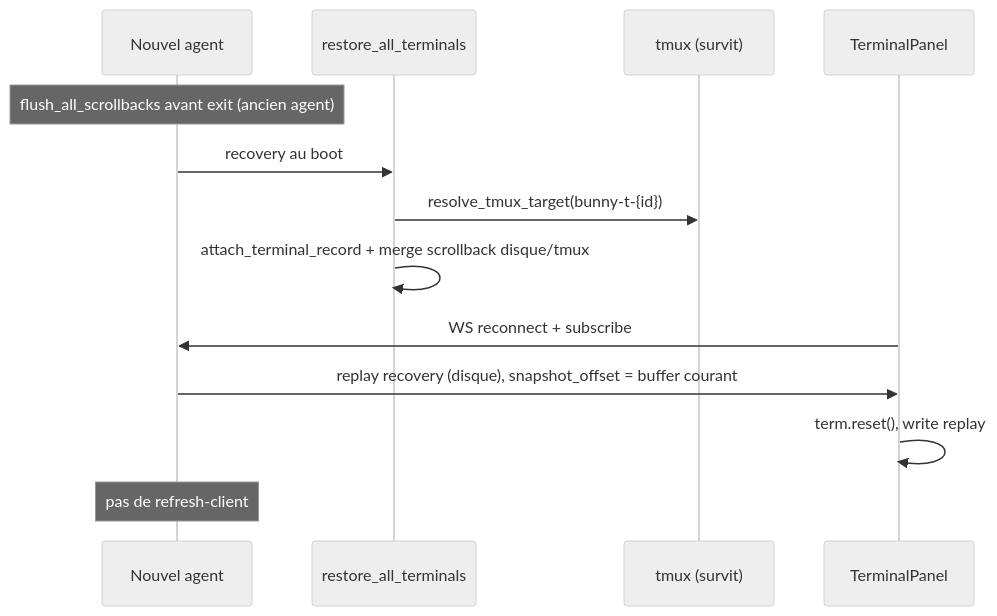
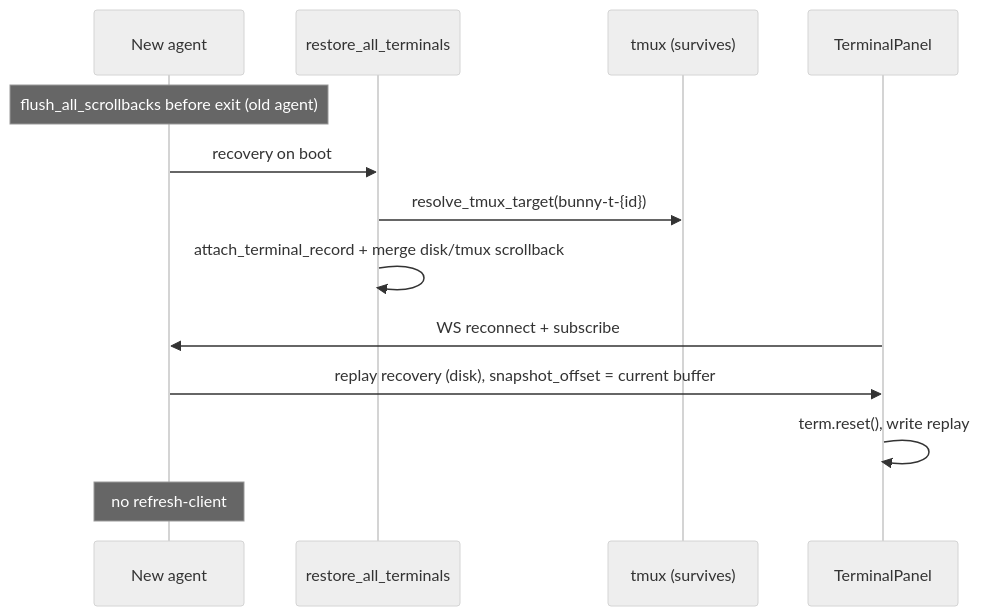
One commit to bunnyandcloud/bunny changed the fourth of 4 diagrams in docs/architecture/terminals.md. Above: the diagram before and after it, drawn with Mermaid (neutral theme). The commit also changed other lines of this file and 34 other files, not shown here.

````diff
--- a/docs/architecture/terminals.md
+++ b/docs/architecture/terminals.md
@@ -260,16 +260,16 @@
 ```mermaid
 sequenceDiagram
-  participant AG as Nouvel agent
+  participant AG as New agent
   participant TR as restore_all_terminals
-  participant TX as tmux (survit)
+  participant TX as tmux (survives)
   participant TP as TerminalPanel
 
-  Note over AG: flush_all_scrollbacks avant exit (ancien agent)
-  AG->>TR: recovery au boot
+  Note over AG: flush_all_scrollbacks before exit (old agent)
+  AG->>TR: recovery on boot
   TR->>TX: resolve_tmux_target(bunny-t-{id})
-  TR->>TR: attach_terminal_record + merge scrollback disque/tmux
+  TR->>TR: attach_terminal_record + merge disk/tmux scrollback
   TP->>AG: WS reconnect + subscribe
-  AG->>TP: replay recovery (disque), snapshot_offset = buffer courant
+  AG->>TP: replay recovery (disk), snapshot_offset = current buffer
   TP->>TP: term.reset(), write replay
-  Note over AG: pas de refresh-client
+  Note over AG: no refresh-client
 ```
````
